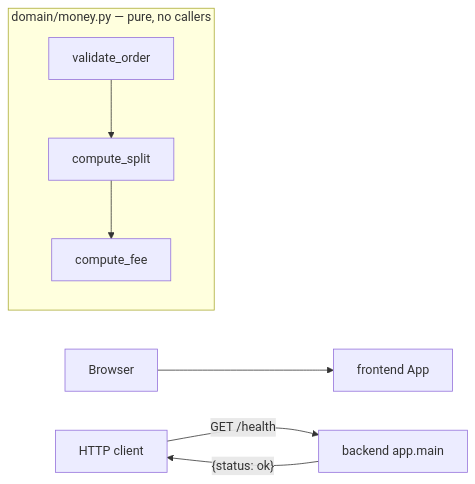
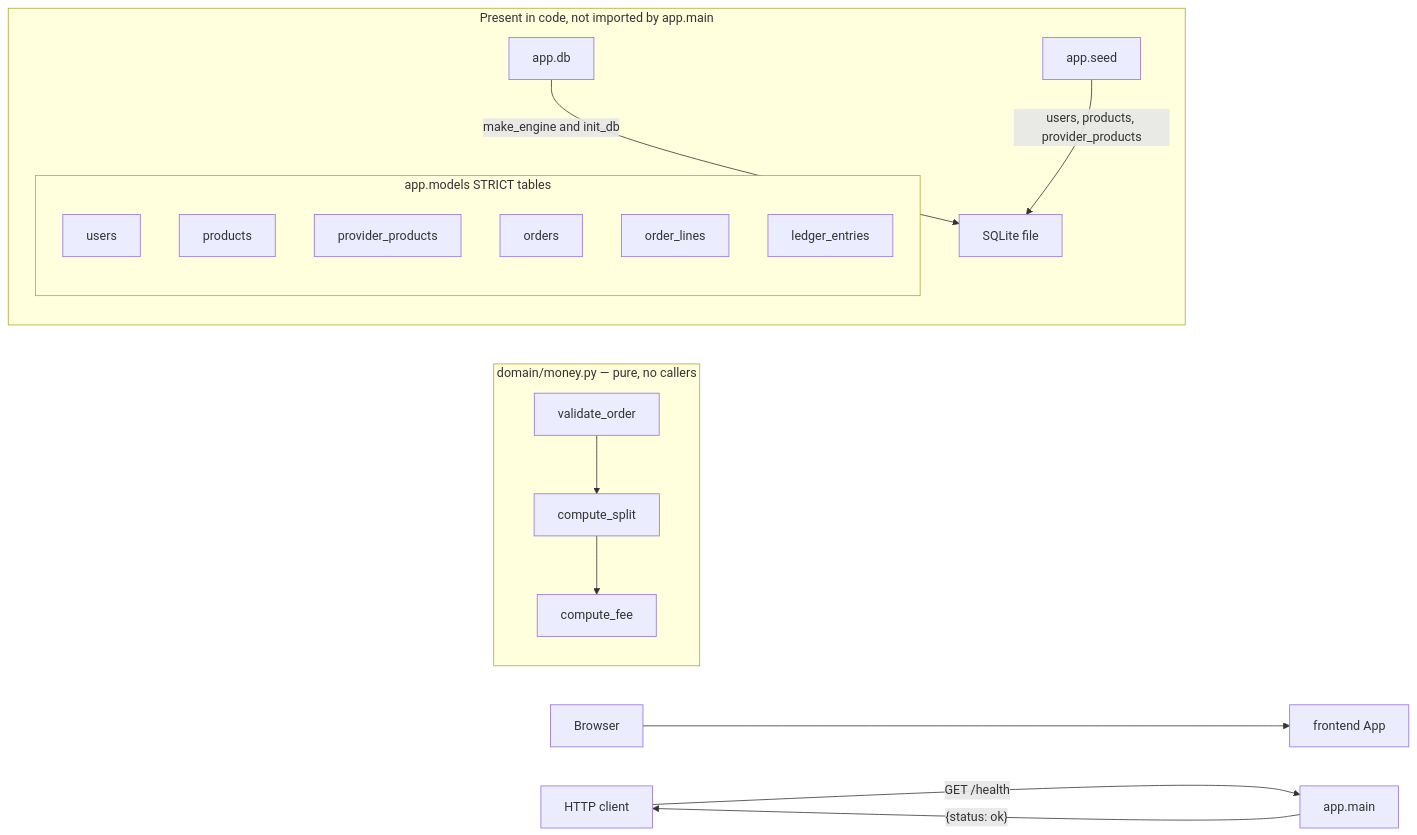
The diagram in docs/diagrams/overview.md (drtclem/cerbo_wk1), drawn with Mermaid before and after one commit. The commit also changed other lines of this file and 9 other files, not shown here.

Commit message:
T2: database, models, seed

````diff
--- a/docs/diagrams/overview.md
+++ b/docs/diagrams/overview.md
@@ -7,11 +7,29 @@
 ```mermaid
 flowchart LR
   browser["Browser"] --> frontendApp["frontend App"]
-  httpClient["HTTP client"] -->|"GET /health"| fastapiApp["backend app.main"]
+  httpClient["HTTP client"] -->|"GET /health"| fastapiApp["app.main"]
   fastapiApp -->|"{status: ok}"| httpClient
 
   subgraph moneyMod ["domain/money.py — pure, no callers"]
     validateOrder["validate_order"] --> computeSplit["compute_split"]
     computeSplit --> computeFee["compute_fee"]
   end
+
+  subgraph persistence ["Present in code, not imported by app.main"]
+    dbMod["app.db"]
+    seedMod["app.seed"]
+    sqliteFile["SQLite file"]
+    dbMod -->|"make_engine and init_db"| sqliteFile
+    seedMod -->|"users, products, provider_products"| sqliteFile
+
+    subgraph strictTables ["app.models STRICT tables"]
+      direction TB
+      usersTbl["users"]
+      productsTbl["products"]
+      providerProductsTbl["provider_products"]
+      ordersTbl["orders"]
+      orderLinesTbl["order_lines"]
+      ledgerTbl["ledger_entries"]
+    end
+  end
 ```
````
